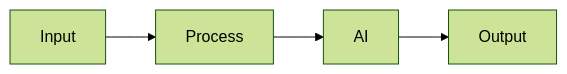
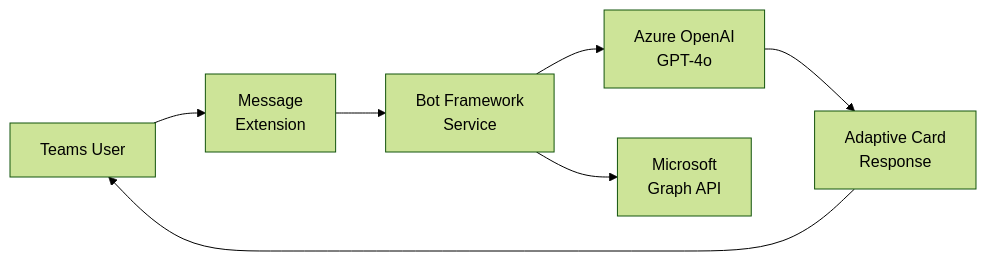
One commit to frootai/fai changed the diagram in solution-plays/16-copilot-teams-extension/README.md. Above: the diagram before and after it, drawn with Mermaid (forest theme). The commit also changed other lines of this file and 18 other files, not shown here.

````diff
--- a/solution-plays/16-copilot-teams-extension/README.md
+++ b/solution-plays/16-copilot-teams-extension/README.md
@@ -8,4 +8,9 @@
 ```mermaid
 graph LR
-    A[Input] --> B[Process] --> C[AI] --> D[Output]
+    USER[Teams User] --> EXT[Message<br/>Extension]
+    EXT --> BOT[Bot Framework<br/>Service]
+    BOT --> LLM[Azure OpenAI<br/>GPT-4o]
+    BOT --> GRAPH[Microsoft<br/>Graph API]
+    LLM --> CARD[Adaptive Card<br/>Response]
+    CARD --> USER
 ```
````
